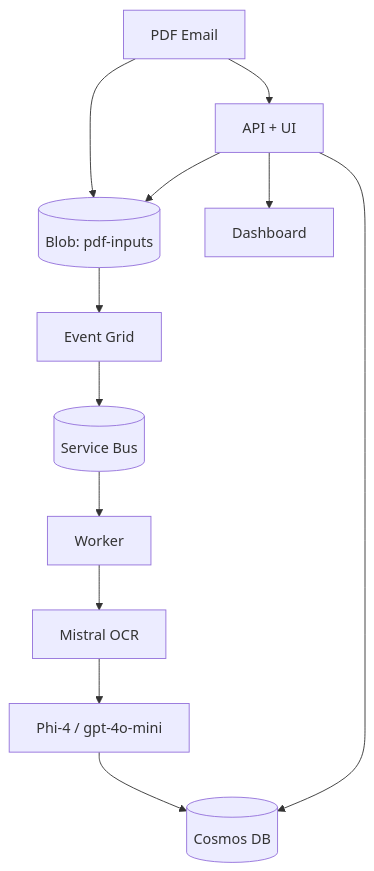
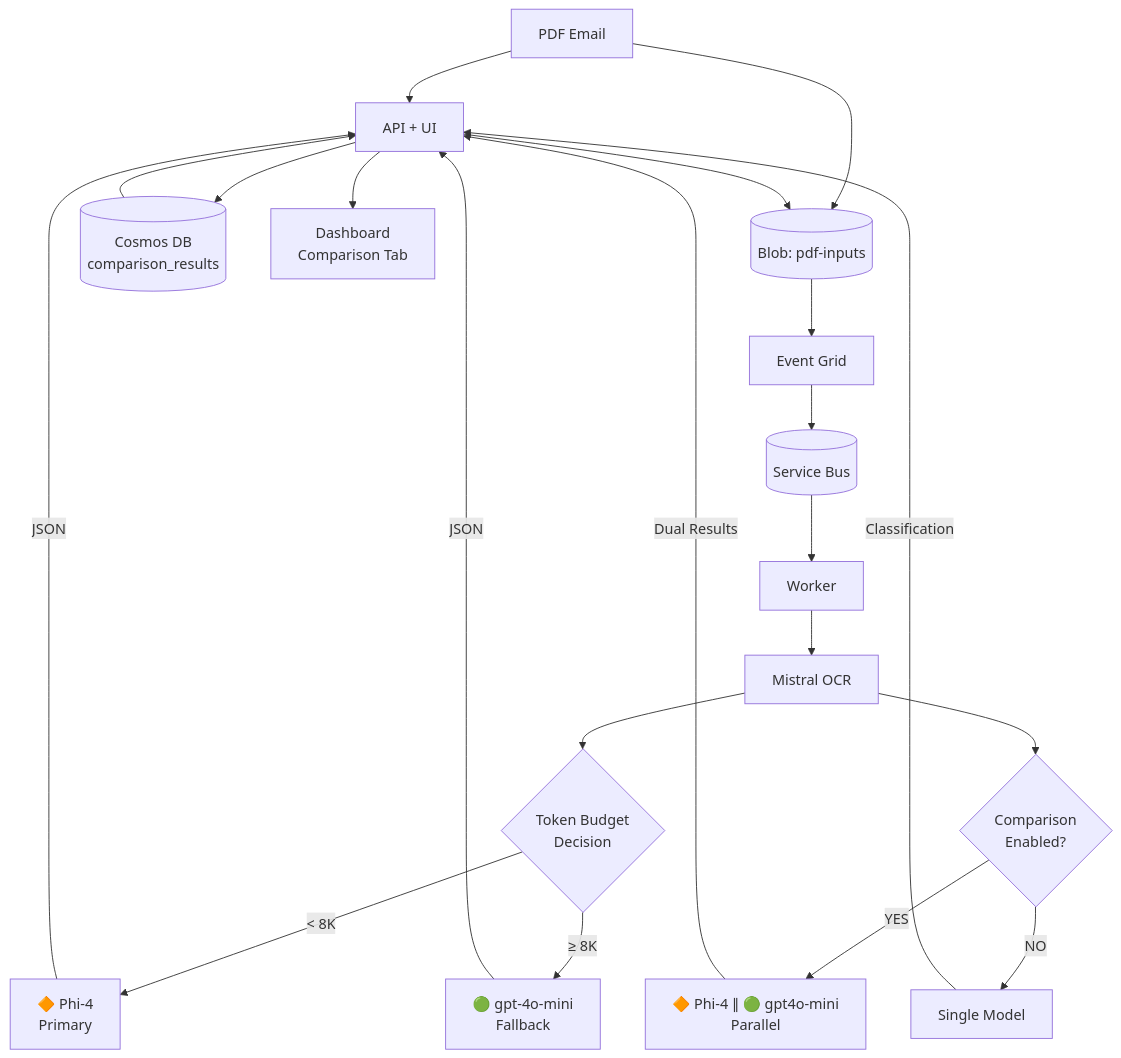
One commit to olivMertens/ClassyMail changed the first of 5 diagrams in docs/ARCHITECTURE.md. Above: the diagram before and after it, drawn with Mermaid. The commit also changed other lines of this file and 30 other files, not shown here.

````diff
--- a/docs/ARCHITECTURE.md
+++ b/docs/ARCHITECTURE.md
@@ -21,14 +23,23 @@
 ```mermaid
 flowchart TD
     PDF[PDF Email] --> API[API + UI]
     PDF --> BlobIn[(Blob: pdf-inputs)]
     API --> BlobIn
     BlobIn --> EG[Event Grid]
     EG --> SB[(Service Bus)]
     SB --> W[Worker]
     W --> OCR[Mistral OCR]
-    OCR --> LLM[Phi-4 / gpt-4o-mini]
-    LLM --> Cosmos[(Cosmos DB)]
-    API --> Cosmos
-    API --> UI[Dashboard]
+    OCR --> Check{Token Budget<br/>Decision}
+    Check -->|< 8K| Phi[🔶 Phi-4<br/>Primary]
+    Check -->|≥ 8K| GPT[🟢 gpt-4o-mini<br/>Fallback]
+    OCR --> Comp{Comparison<br/>Enabled?}
+    Comp -->|YES| Dual[🔶 Phi-4 ∥ 🟢 gpt4o-mini<br/>Parallel]
+    Comp -->|NO| Single[Single Model]
+    Phi -->|JSON| API
+    GPT -->|JSON| API
+    Dual -->|Dual Results| API
+    Single -->|Classification| API
+    API --> Cosmos[(Cosmos DB<br/>comparison_results)]
+    Cosmos --> API
+    API --> UI[Dashboard<br/>Comparison Tab]
 ```
````
